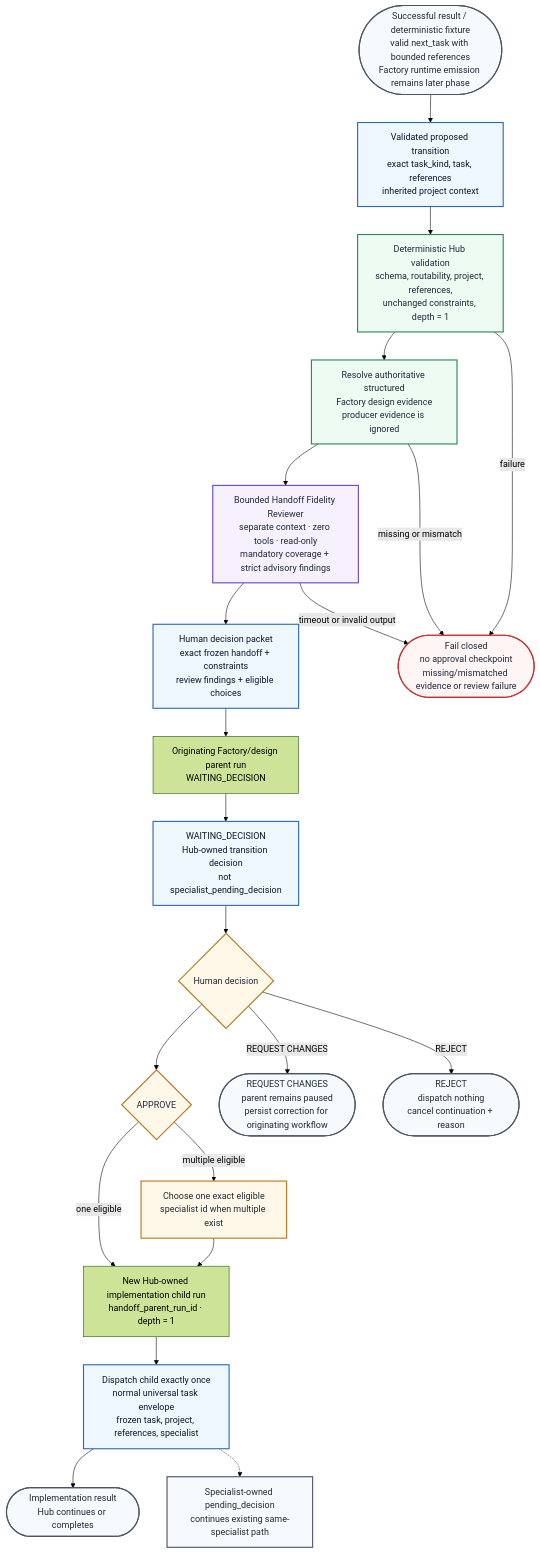
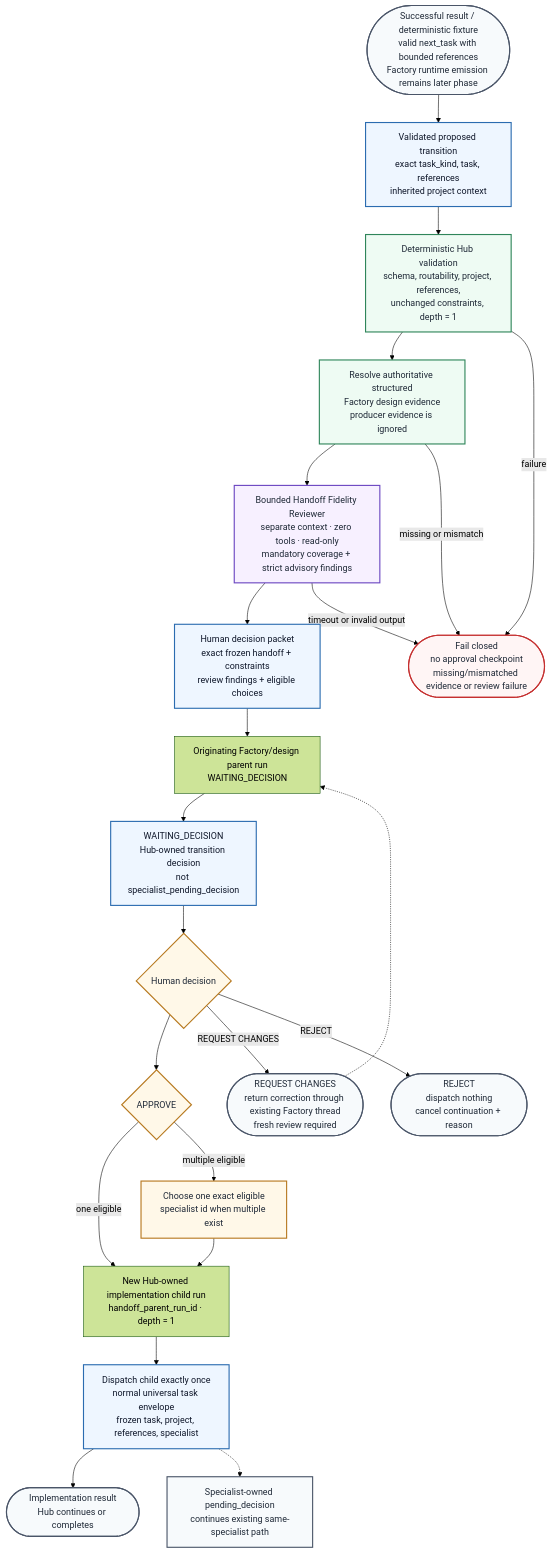
One commit to robvoto/agent-hub changed the diagram in docs/diagrams/08-CROSS-SPECIALIST-EXECUTION-PLAN.mmd. Above: the diagram before and after it, drawn with Mermaid (forest theme). The commit also changed 5 other files, not shown here.

```diff
--- a/docs/diagrams/08-CROSS-SPECIALIST-EXECUTION-PLAN.mmd
+++ b/docs/diagrams/08-CROSS-SPECIALIST-EXECUTION-PLAN.mmd
@@ -1,45 +1,46 @@
 flowchart TD
     Source([Successful result / deterministic fixture<br/>valid next_task with bounded references<br/>Factory runtime emission remains later phase])
     Proposed["Validated proposed transition<br/>exact task_kind, task, references<br/>inherited project context"]
     Deterministic["Deterministic Hub validation<br/>schema, routability, project, references,<br/>unchanged constraints, depth = 1"]
     Evidence["Resolve authoritative structured<br/>Factory design evidence<br/>producer evidence is ignored"]
     Reviewer["Bounded Handoff Fidelity Reviewer<br/>separate context · zero tools · read-only<br/>mandatory coverage + strict advisory findings"]
     Packet["Human decision packet<br/>exact frozen handoff + constraints<br/>review findings + eligible choices"]
     Waiting["WAITING_DECISION<br/>Hub-owned transition decision<br/>not specialist_pending_decision"]
     Decision{"Human decision"}
     Approve{"APPROVE"}
     Choose["Choose one exact eligible<br/>specialist id when multiple exist"]
     Parent["Originating Factory/design parent run<br/>WAITING_DECISION"]
     Child["New Hub-owned implementation child run<br/>handoff_parent_run_id · depth = 1"]
     Dispatch["Dispatch child exactly once<br/>normal universal task envelope<br/>frozen task, project, references, specialist"]
-    Request([REQUEST CHANGES<br/>parent remains paused<br/>persist correction for originating workflow])
+    Request([REQUEST CHANGES<br/>return correction through existing Factory thread<br/>fresh review required])
     Reject([REJECT<br/>dispatch nothing<br/>cancel continuation + reason])
     SpecialistDecision["Specialist-owned pending_decision<br/>continues existing same-specialist path"]
     Result([Implementation result<br/>Hub continues or completes])
     Fail([Fail closed<br/>no approval checkpoint<br/>missing/mismatched evidence or review failure])
 
     Source --> Proposed --> Deterministic --> Evidence --> Reviewer --> Packet --> Parent --> Waiting --> Decision
     Deterministic -->|failure| Fail
     Evidence -->|missing or mismatch| Fail
     Reviewer -->|timeout or invalid output| Fail
     Decision --> Approve
     Decision -->|REQUEST CHANGES| Request
     Decision -->|REJECT| Reject
     Approve -->|one eligible| Child --> Dispatch
     Approve -->|multiple eligible| Choose --> Child
     Dispatch --> Result
     Dispatch -.-> SpecialistDecision
+    Request -.-> Parent
 
     classDef hub fill:#eef6ff,stroke:#2b6cb0,stroke-width:2px,color:#0f172a;
     classDef deterministic fill:#eefbf3,stroke:#2f855a,stroke-width:2px,color:#1f2937;
     classDef review fill:#f7f0ff,stroke:#6b46c1,stroke-width:2px,color:#1f2937;
     classDef human fill:#fff8e8,stroke:#b7791f,stroke-width:2px,color:#1f2937;
     classDef terminal fill:#f7fafc,stroke:#4a5568,stroke-width:2px,color:#1f2937;
     classDef fail fill:#fff5f5,stroke:#c53030,stroke-width:2px,color:#1f2937;
 
     class Proposed,Packet,Waiting,Dispatch hub;
     class Deterministic,Evidence deterministic;
     class Reviewer review;
     class Decision,Approve,Choose human;
     class Source,Request,Reject,SpecialistDecision,Result terminal;
     class Fail fail;
```
